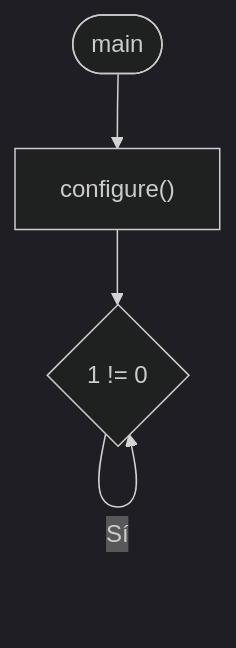
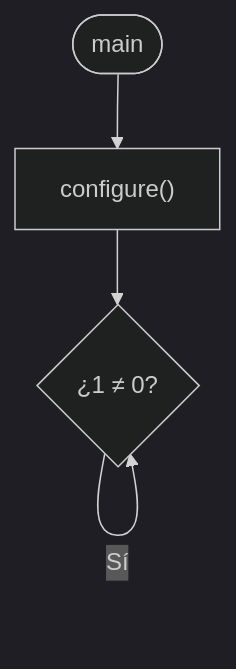
The first of 2 diagrams in README.md (remgo696/PIC18F47Q10-FadingLED), drawn with Mermaid (dark theme) before and after one commit. The commit also changed other lines of this file, not shown here.

Commit message:
Fix LaTeX formatting in README.md for PWM calculations and flowchart conditions

````diff
--- a/README.md
+++ b/README.md
@@ -284,6 +284,6 @@
 ```mermaid
 flowchart TD
     A([main]) --> B["configure()"]
-    B --> C{"1 != 0"}
+    B --> C{"¿1 ≠ 0?"}
     C -->|Sí| C
 ```
````
